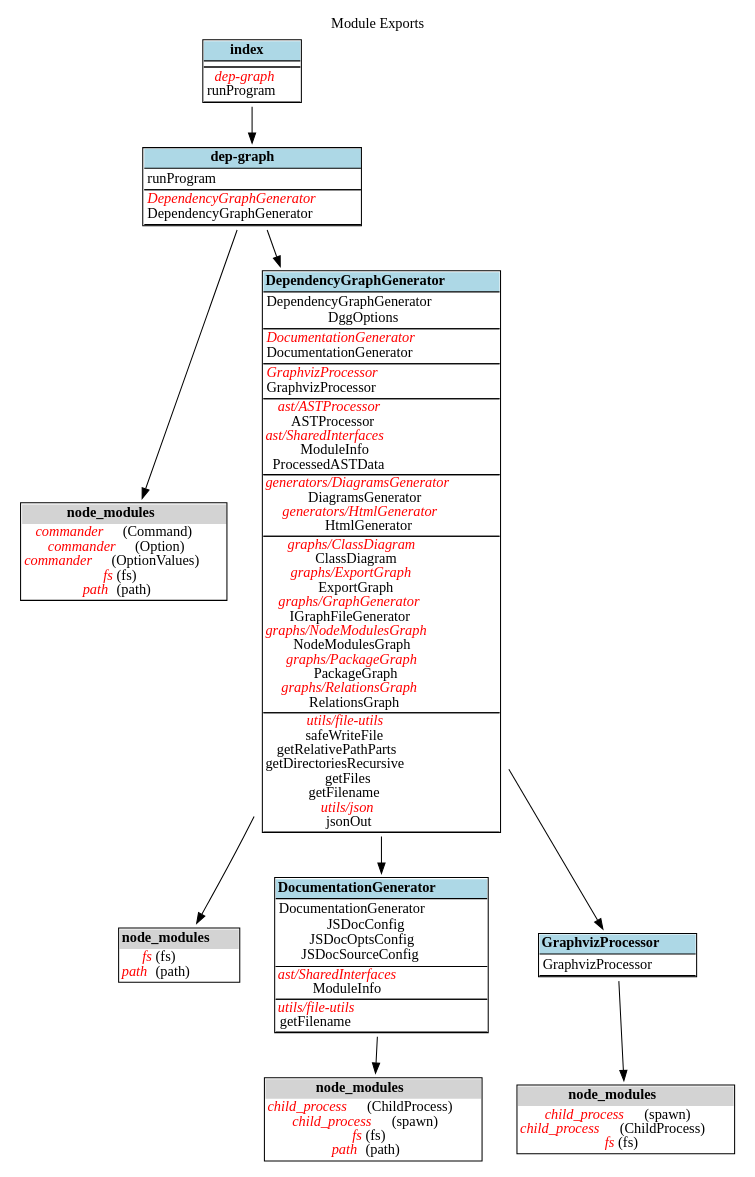
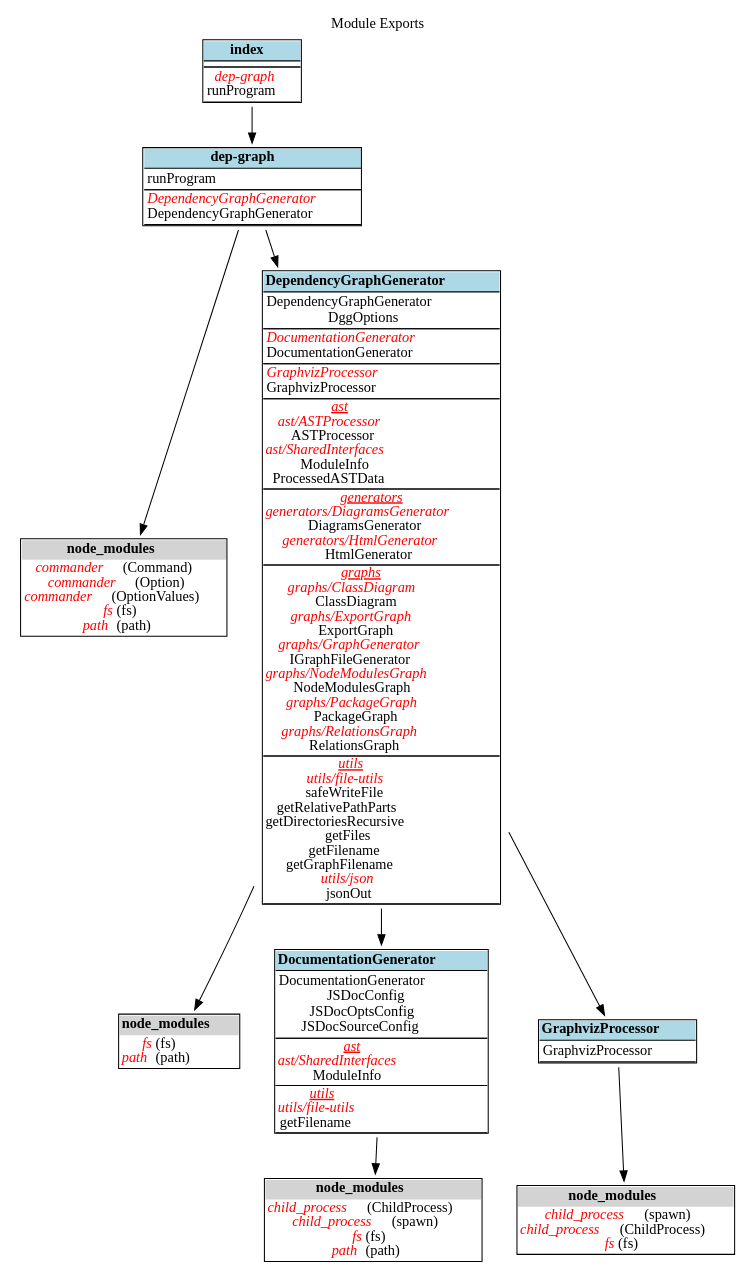
One commit to fleebe/GitHubPages changed the diagram in dep-graph-ts/ExportGraph.dot. Above: the diagram before and after it, drawn with Graphviz. The commit also changed 30 other files, not shown here.

Commit message:
Update docs for dep-graph-ts from fleebe/dep-graph-ts workflow

```diff
--- a/dep-graph-ts/ExportGraph.dot
+++ b/dep-graph-ts/ExportGraph.dot
@@ -1,139 +1,146 @@
 digraph {label=" Module Exports";
 labelloc="t";
 "dep-graph" [shape=none, label=<<TABLE cellspacing="0" cellborder="0" align="left">
 <TR><TD bgcolor="lightblue" align="center"><B>dep-graph</B></TD></TR>
 <TR><TD BORDER="1" SIDES="TB" align="left">
 runProgram<BR/>
 </TD></TR>
 <TR><TD BORDER="1" SIDES="TB" align="left">
 <font color="red"><I>DependencyGraphGenerator</I></font><BR/>
 DependencyGraphGenerator<BR/>
 </TD></TR>
 </TABLE>>];
 "dep-graph-node_modules" [shape=none, label=<<TABLE cellspacing="0" cellborder="0" align="left">
 <TR><TD bgcolor="lightgrey" align="center"><B>node_modules</B></TD></TR>
 <TR><TD align="left">
 <font color="red"><I>commander</I></font> (Command)<BR/>
 <font color="red"><I>commander</I></font> (Option)<BR/>
 <font color="red"><I>commander</I></font> (OptionValues)<BR/>
 <font color="red"><I>fs</I></font> (fs)<BR/>
 <font color="red"><I>path</I></font> (path)<BR/>
 </TD></TR>
 </TABLE>>];
 "dep-graph"->"dep-graph-node_modules";
 "DependencyGraphGenerator" [shape=none, label=<<TABLE cellspacing="0" cellborder="0" align="left">
 <TR><TD bgcolor="lightblue" align="center"><B>DependencyGraphGenerator</B></TD></TR>
 <TR><TD BORDER="1" SIDES="TB" align="left">
 DependencyGraphGenerator<BR/>
 DggOptions<BR/>
 </TD></TR>
 <TR><TD BORDER="1" SIDES="TB" align="left">
 <font color="red"><I>DocumentationGenerator</I></font><BR/>
 DocumentationGenerator<BR/>
 </TD></TR>
 <TR><TD BORDER="1" SIDES="TB" align="left">
 <font color="red"><I>GraphvizProcessor</I></font><BR/>
 GraphvizProcessor<BR/>
 </TD></TR>
-<TR><TD BORDER="1" SIDES="TB" cellpadding="1" align="left">
+<TR><TD BORDER="1" SIDES="TB" cellpadding="1" align="left" HREF="diagrams.html#ast" TARGET="_top">
+<font color="red"><I><U>ast</U></I></font><BR/>
 <font color="red"><I>ast/ASTProcessor</I></font><BR/>
 ASTProcessor<BR/>
 <font color="red"><I>ast/SharedInterfaces</I></font><BR/>
 ModuleInfo<BR/>
 ProcessedASTData<BR/>
 </TD></TR>
-<TR><TD BORDER="1" SIDES="TB" cellpadding="1" align="left">
+<TR><TD BORDER="1" SIDES="TB" cellpadding="1" align="left" HREF="diagrams.html#generators" TARGET="_top">
+<font color="red"><I><U>generators</U></I></font><BR/>
 <font color="red"><I>generators/DiagramsGenerator</I></font><BR/>
 DiagramsGenerator<BR/>
 <font color="red"><I>generators/HtmlGenerator</I></font><BR/>
 HtmlGenerator<BR/>
 </TD></TR>
-<TR><TD BORDER="1" SIDES="TB" cellpadding="1" align="left">
+<TR><TD BORDER="1" SIDES="TB" cellpadding="1" align="left" HREF="diagrams.html#graphs" TARGET="_top">
+<font color="red"><I><U>graphs</U></I></font><BR/>
 <font color="red"><I>graphs/ClassDiagram</I></font><BR/>
 ClassDiagram<BR/>
 <font color="red"><I>graphs/ExportGraph</I></font><BR/>
 ExportGraph<BR/>
 <font color="red"><I>graphs/GraphGenerator</I></font><BR/>
 IGraphFileGenerator<BR/>
 <font color="red"><I>graphs/NodeModulesGraph</I></font><BR/>
 NodeModulesGraph<BR/>
 <font color="red"><I>graphs/PackageGraph</I></font><BR/>
 PackageGraph<BR/>
 <font color="red"><I>graphs/RelationsGraph</I></font><BR/>
 RelationsGraph<BR/>
 </TD></TR>
-<TR><TD BORDER="1" SIDES="TB" cellpadding="1" align="left">
+<TR><TD BORDER="1" SIDES="TB" cellpadding="1" align="left" HREF="diagrams.html#utils" TARGET="_top">
+<font color="red"><I><U>utils</U></I></font><BR/>
 <font color="red"><I>utils/file-utils</I></font><BR/>
 safeWriteFile<BR/>
 getRelativePathParts<BR/>
 getDirectoriesRecursive<BR/>
 getFiles<BR/>
 getFilename<BR/>
+getGraphFilename<BR/>
 <font color="red"><I>utils/json</I></font><BR/>
 jsonOut<BR/>
 </TD></TR>
 </TABLE>>];
 "DependencyGraphGenerator-node_modules" [shape=none, label=<<TABLE cellspacing="0" cellborder="0" align="left">
 <TR><TD bgcolor="lightgrey" align="center"><B>node_modules</B></TD></TR>
 <TR><TD align="left">
 <font color="red"><I>fs</I></font> (fs)<BR/>
 <font color="red"><I>path</I></font> (path)<BR/>
 </TD></TR>
 </TABLE>>];
 "DependencyGraphGenerator"->"DependencyGraphGenerator-node_modules";
 "DocumentationGenerator" [shape=none, label=<<TABLE cellspacing="0" cellborder="0" align="left">
 <TR><TD bgcolor="lightblue" align="center"><B>DocumentationGenerator</B></TD></TR>
 <TR><TD BORDER="1" SIDES="TB" align="left">
 DocumentationGenerator<BR/>
 JSDocConfig<BR/>
 JSDocOptsConfig<BR/>
 JSDocSourceConfig<BR/>
 </TD></TR>
-<TR><TD BORDER="1" SIDES="TB" cellpadding="1" align="left">
+<TR><TD BORDER="1" SIDES="TB" cellpadding="1" align="left" HREF="diagrams.html#ast" TARGET="_top">
+<font color="red"><I><U>ast</U></I></font><BR/>
 <font color="red"><I>ast/SharedInterfaces</I></font><BR/>
 ModuleInfo<BR/>
 </TD></TR>
-<TR><TD BORDER="1" SIDES="TB" cellpadding="1" align="left">
+<TR><TD BORDER="1" SIDES="TB" cellpadding="1" align="left" HREF="diagrams.html#utils" TARGET="_top">
+<font color="red"><I><U>utils</U></I></font><BR/>
 <font color="red"><I>utils/file-utils</I></font><BR/>
 getFilename<BR/>
 </TD></TR>
 </TABLE>>];
 "DocumentationGenerator-node_modules" [shape=none, label=<<TABLE cellspacing="0" cellborder="0" align="left">
 <TR><TD bgcolor="lightgrey" align="center"><B>node_modules</B></TD></TR>
 <TR><TD align="left">
 <font color="red"><I>child_process</I></font> (ChildProcess)<BR/>
 <font color="red"><I>child_process</I></font> (spawn)<BR/>
 <font color="red"><I>fs</I></font> (fs)<BR/>
 <font color="red"><I>path</I></font> (path)<BR/>
 </TD></TR>
 </TABLE>>];
 "DocumentationGenerator"->"DocumentationGenerator-node_modules";
 "GraphvizProcessor" [shape=none, label=<<TABLE cellspacing="0" cellborder="0" align="left">
 <TR><TD bgcolor="lightblue" align="center"><B>GraphvizProcessor</B></TD></TR>
 <TR><TD BORDER="1" SIDES="TB" align="left">
 GraphvizProcessor<BR/>
 </TD></TR>
 </TABLE>>];
 "GraphvizProcessor-node_modules" [shape=none, label=<<TABLE cellspacing="0" cellborder="0" align="left">
 <TR><TD bgcolor="lightgrey" align="center"><B>node_modules</B></TD></TR>
 <TR><TD align="left">
 <font color="red"><I>child_process</I></font> (spawn)<BR/>
 <font color="red"><I>child_process</I></font> (ChildProcess)<BR/>
 <font color="red"><I>fs</I></font> (fs)<BR/>
 </TD></TR>
 </TABLE>>];
 "GraphvizProcessor"->"GraphvizProcessor-node_modules";
 "index" [shape=none, label=<<TABLE cellspacing="0" cellborder="0" align="left">
 <TR><TD bgcolor="lightblue" align="center"><B>index</B></TD></TR>
 <TR><TD BORDER="1" SIDES="TB" align="left">
 </TD></TR>
 <TR><TD BORDER="1" SIDES="TB" align="left">
 <font color="red"><I>dep-graph</I></font><BR/>
 runProgram<BR/>
 </TD></TR>
 </TABLE>>];
 "dep-graph"->"DependencyGraphGenerator";
 "DependencyGraphGenerator"->"DocumentationGenerator";
 "DependencyGraphGenerator"->"GraphvizProcessor";
 "index"->"dep-graph";
 }
```
